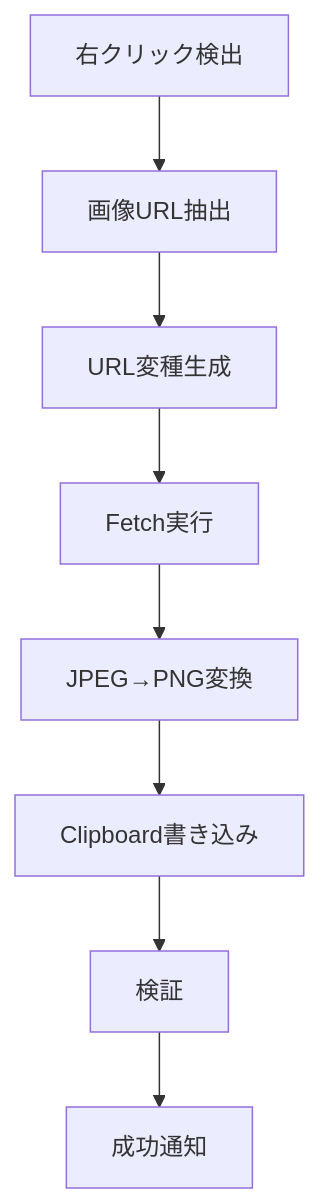
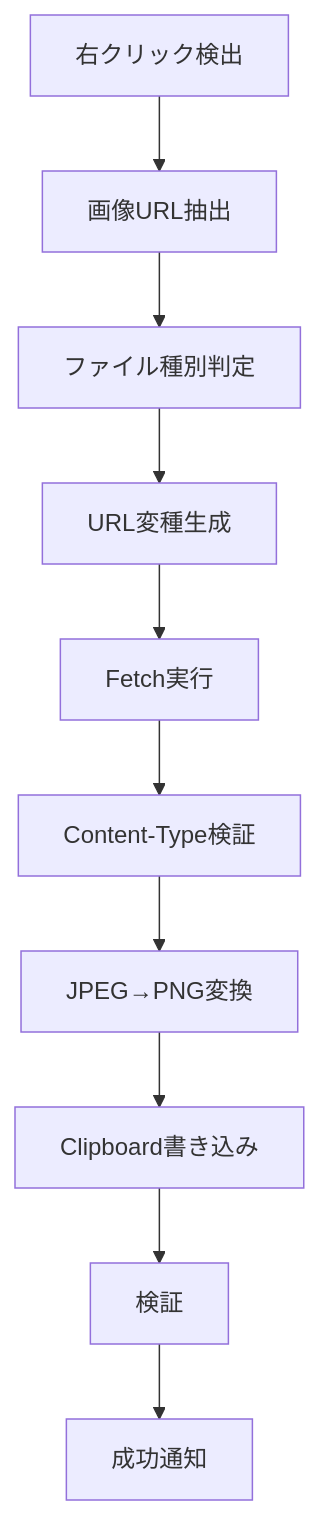
The first of 2 diagrams in docs/technical-details.md (genkitoyama/Google-Drive-Image-Copy), drawn with Mermaid before and after one commit. The commit also changed other lines of this file and 6 other files, not shown here.

````diff
--- a/docs/technical-details.md
+++ b/docs/technical-details.md
@@ -84,10 +135,12 @@
 ```mermaid
 graph TD
 A[右クリック検出] --> B[画像URL抽出]
-B --> C[URL変種生成]
+B --> B2[ファイル種別判定]
+B2 --> C[URL変種生成]
 C --> D[Fetch実行]
-D --> E[JPEG→PNG変換]
+D --> D2[Content-Type検証]
+D2 --> E[JPEG→PNG変換]
 E --> F[Clipboard書き込み]
 F --> G[検証]
 G --> H[成功通知]
 ```
````
